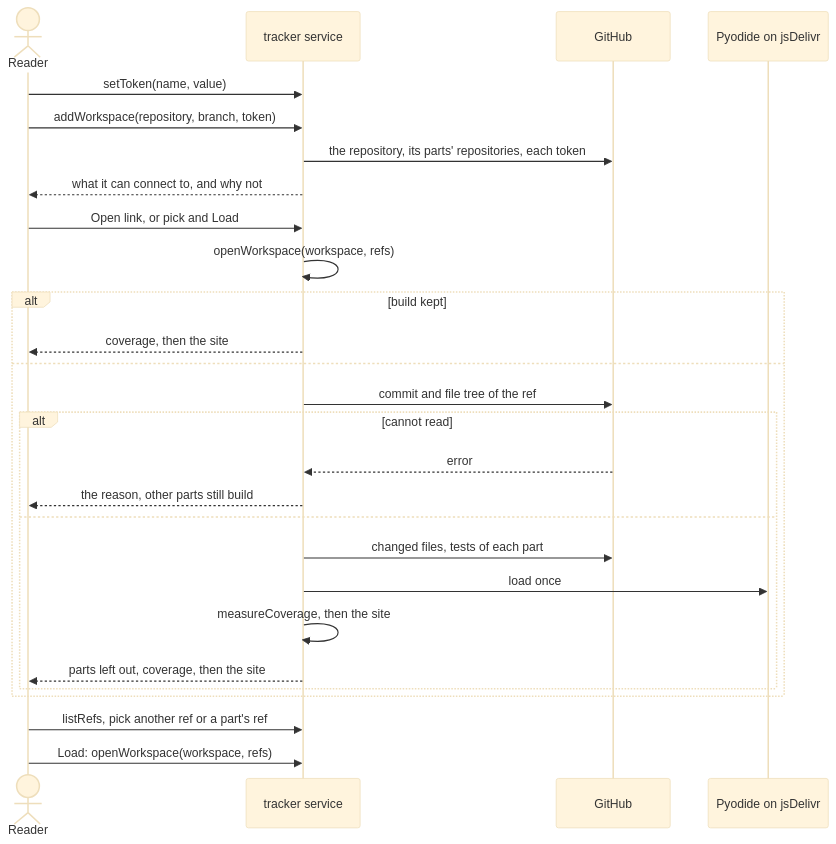
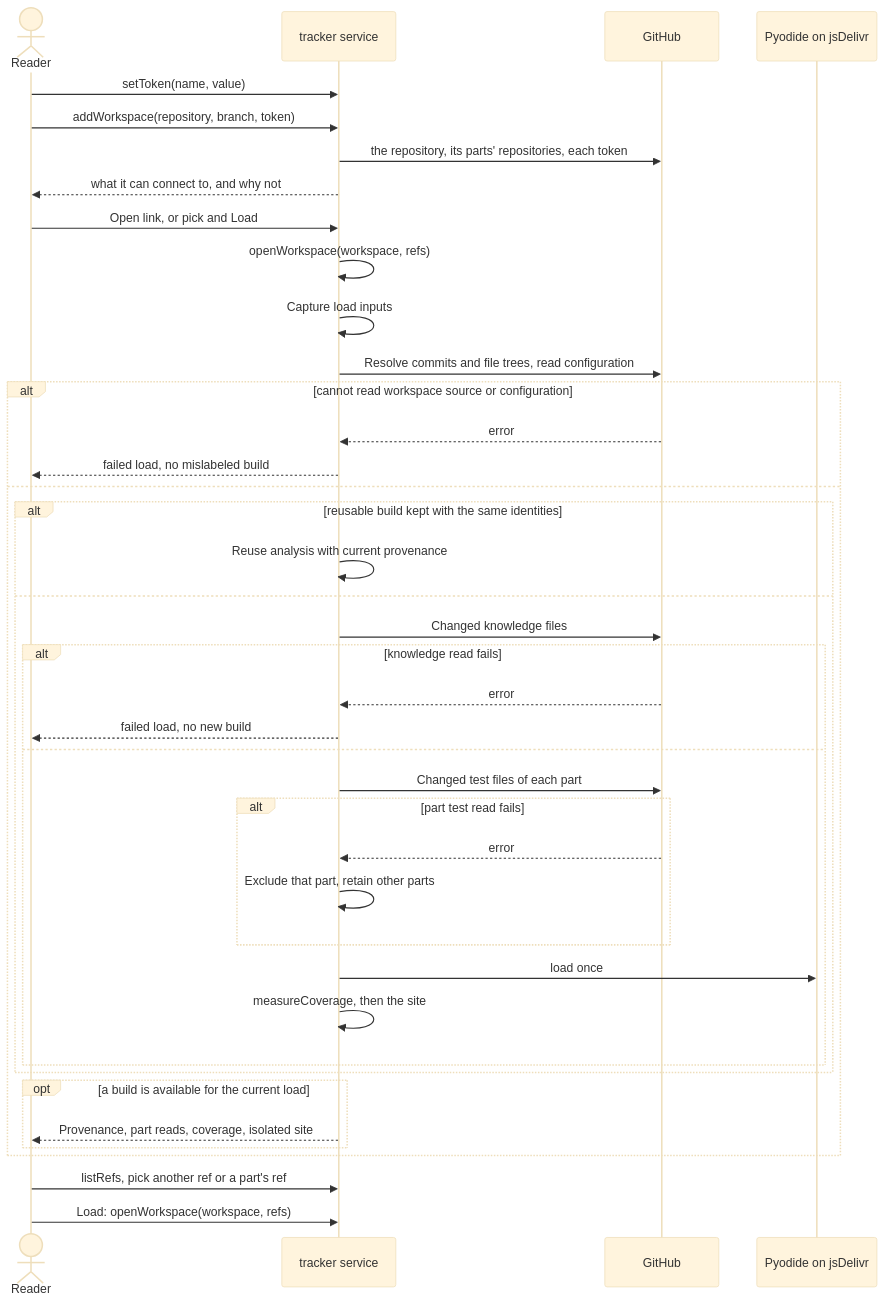
Before and after one commit to hieutran21198/Artifact-Driven-Framework: the diagram in docs/software-knowledges/flows/view-workspace.md, drawn with Mermaid (base theme). The commit also changed other lines of this file and 4 other files, not shown here.

````diff
--- a/docs/software-knowledges/flows/view-workspace.md
+++ b/docs/software-knowledges/flows/view-workspace.md
@@ -65,30 +71,43 @@
 ```mermaid
 sequenceDiagram
     actor Reader
     participant Page as tracker service
     participant GitHub
     participant Pyodide as Pyodide on jsDelivr
 
     Reader->>Page: setToken(name, value)
     Reader->>Page: addWorkspace(repository, branch, token)
     Page->>GitHub: the repository, its parts' repositories, each token
     Page-->>Reader: what it can connect to, and why not
     Reader->>Page: Open link, or pick and Load
     Page->>Page: openWorkspace(workspace, refs)
-    alt build kept
-        Page-->>Reader: coverage, then the site
+    Page->>Page: Capture load inputs
+    Page->>GitHub: Resolve commits and file trees, read configuration
+    alt cannot read workspace source or configuration
+        GitHub-->>Page: error
+        Page-->>Reader: failed load, no mislabeled build
     else
-        Page->>GitHub: commit and file tree of the ref
-        alt cannot read
-            GitHub-->>Page: error
-            Page-->>Reader: the reason, other parts still build
+        alt reusable build kept with the same identities
+            Page->>Page: Reuse analysis with current provenance
         else
-            Page->>GitHub: changed files, tests of each part
-            Page->>Pyodide: load once
-            Page->>Page: measureCoverage, then the site
-            Page-->>Reader: parts left out, coverage, then the site
+            Page->>GitHub: Changed knowledge files
+            alt knowledge read fails
+                GitHub-->>Page: error
+                Page-->>Reader: failed load, no new build
+            else
+                Page->>GitHub: Changed test files of each part
+                alt part test read fails
+                    GitHub-->>Page: error
+                    Page->>Page: Exclude that part, retain other parts
+                end
+                Page->>Pyodide: load once
+                Page->>Page: measureCoverage, then the site
+            end
+        end
+        opt a build is available for the current load
+            Page-->>Reader: Provenance, part reads, coverage, isolated site
         end
     end
     Reader->>Page: listRefs, pick another ref or a part's ref
     Reader->>Page: Load: openWorkspace(workspace, refs)
 ```
````
